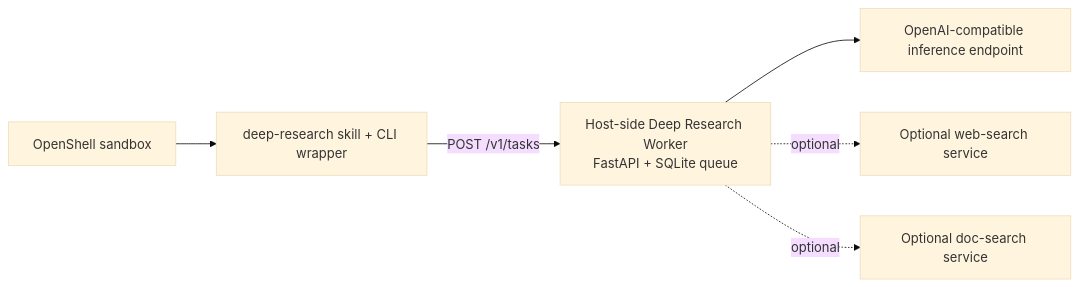
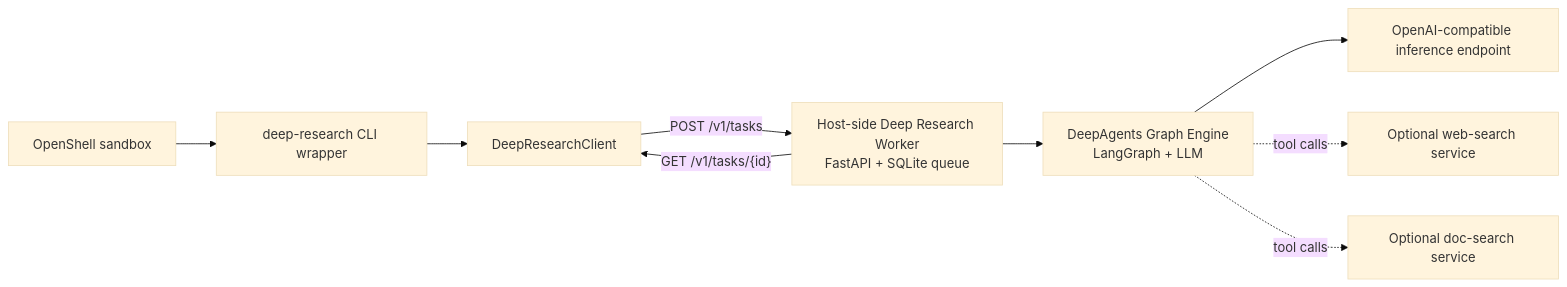
One commit to NVIDIA/nemoclaw-community changed the first of 4 diagrams in examples/recipes/community/deep-research-worker/README.md. Above: the diagram before and after it, drawn with Mermaid (base theme). The commit also changed other lines of this file, not shown here.

Commit message:
docs(deep-research-worker): enhance README with architecture, usage examples, and diagrams

````diff
--- a/examples/recipes/community/deep-research-worker/README.md
+++ b/examples/recipes/community/deep-research-worker/README.md
@@ -103,15 +105,20 @@
 ```mermaid
 flowchart LR
     sandbox["OpenShell sandbox"]
-    skill["deep-research skill + CLI wrapper"]
+    cli["deep-research CLI wrapper"]
+    client["DeepResearchClient"]
     worker["Host-side Deep Research Worker\nFastAPI + SQLite queue"]
+    engine["DeepAgents Graph Engine\nLangGraph + LLM"]
     llm["OpenAI-compatible inference endpoint"]
     web["Optional web-search service"]
     docs["Optional doc-search service"]
 
-    sandbox --> skill
-    skill -->|"POST /v1/tasks"| worker
-    worker --> llm
-    worker -. optional .-> web
-    worker -. optional .-> docs
+    sandbox --> cli
+    cli --> client
+    client -->|"POST /v1/tasks"| worker
+    worker --> engine
+    engine --> llm
+    engine -. tool calls .-> web
+    engine -. tool calls .-> docs
+    worker -->|"GET /v1/tasks/{id}"| client
 ```
````
